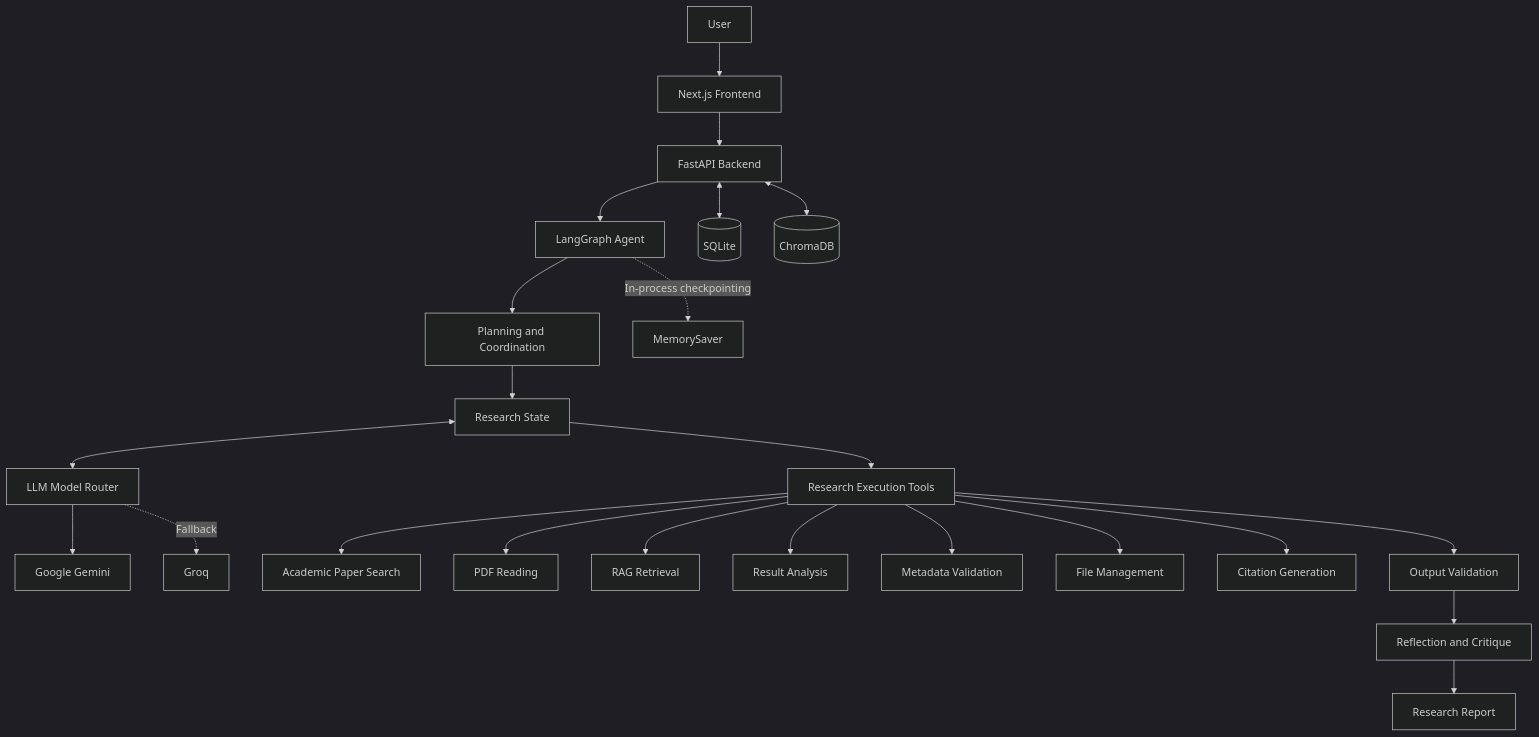
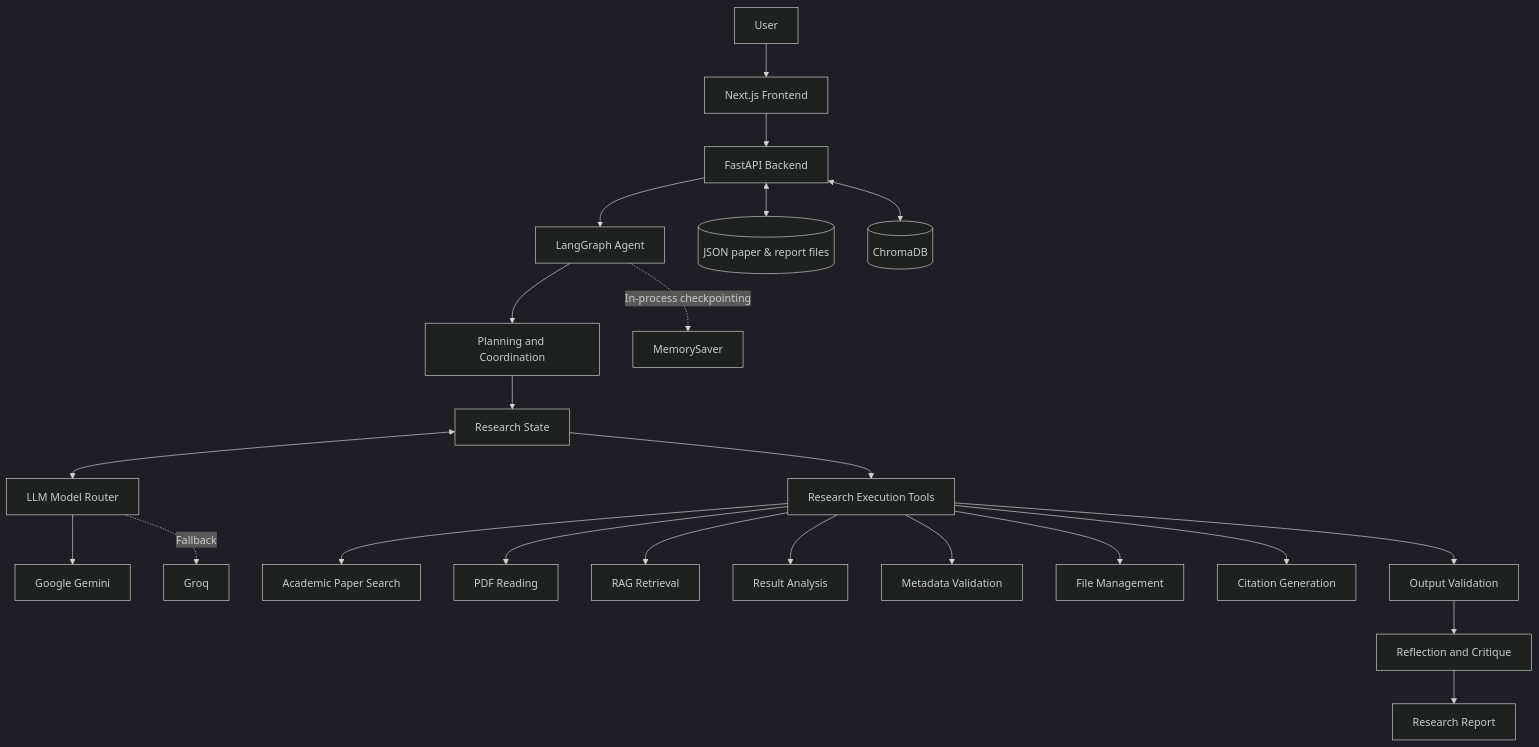
The diagram in ARCHITECTURE.md (yeezyyoba/AIRA), drawn with Mermaid (dark theme) before and after one commit. The commit also changed other lines of this file and 57 other files, not shown here.

````diff
--- a/ARCHITECTURE.md
+++ b/ARCHITECTURE.md
@@ -21,32 +21,32 @@
 ```mermaid
 flowchart TD
     USER[User] --> FRONTEND[Next.js Frontend]
     FRONTEND --> API[FastAPI Backend]
 
     API --> AGENT[LangGraph Agent]
 
     AGENT --> PLAN[Planning and Coordination]
     PLAN --> STATE[Research State]
     STATE <--> ROUTER[LLM Model Router]
 
     ROUTER --> GEMINI[Google Gemini]
     ROUTER -. Fallback .-> GROQ[Groq]
 
     STATE --> TOOLS[Research Execution Tools]
 
     TOOLS --> SEARCH[Academic Paper Search]
     TOOLS --> PDF[PDF Reading]
     TOOLS --> RAG[RAG Retrieval]
     TOOLS --> ANALYSIS[Result Analysis]
     TOOLS --> VALIDATION[Metadata Validation]
     TOOLS --> FILES[File Management]
     TOOLS --> CITATION[Citation Generation]
 
     TOOLS --> CHECK[Output Validation]
     CHECK --> REFLECT[Reflection and Critique]
     REFLECT --> REPORT[Research Report]
 
-    API <--> SQLITE[(SQLite)]
+    API <--> FILES_STORE[(JSON paper & report files)]
     API <--> CHROMA[(ChromaDB)]
     AGENT -. In-process checkpointing .-> MEMORY[MemorySaver]
 ```
````
